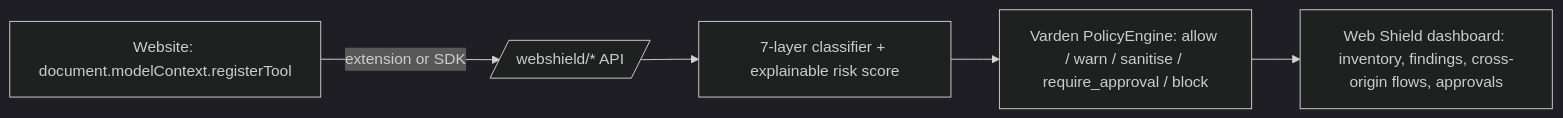
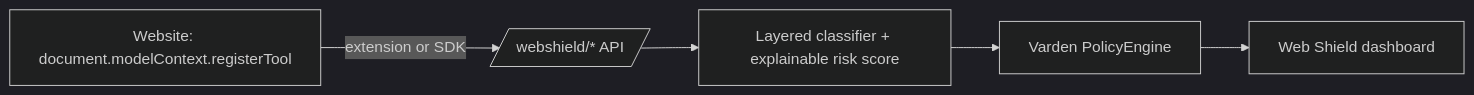
One commit to markndg/varden changed the diagram in README.md. Above: the diagram before and after it, drawn with Mermaid (dark theme). The commit also changed other lines of this file and 2 other files, not shown here.

Commit message:
Release Varden 1.0.0

````diff
--- a/README.md
+++ b/README.md
@@ -315,7 +689,8 @@
 ```mermaid
 flowchart LR
-    Page[Website: document.modelContext.registerTool] -->|extension or SDK| API[/webshield/* API/]
-    API --> Engine[7-layer classifier + explainable risk score]
-    Engine --> Policy[Varden PolicyEngine: allow / warn / sanitise / require_approval / block]
-    Policy --> Dashboard[Web Shield dashboard: inventory, findings, cross-origin flows, approvals]
+    Page[Website: document.modelContext.registerTool]
+    Page -->|extension or SDK| API[/webshield/* API/]
+    API --> Engine[Layered classifier + explainable risk score]
+    Engine --> Policy[Varden PolicyEngine]
+    Policy --> Dashboard[Web Shield dashboard]
 ```
````
